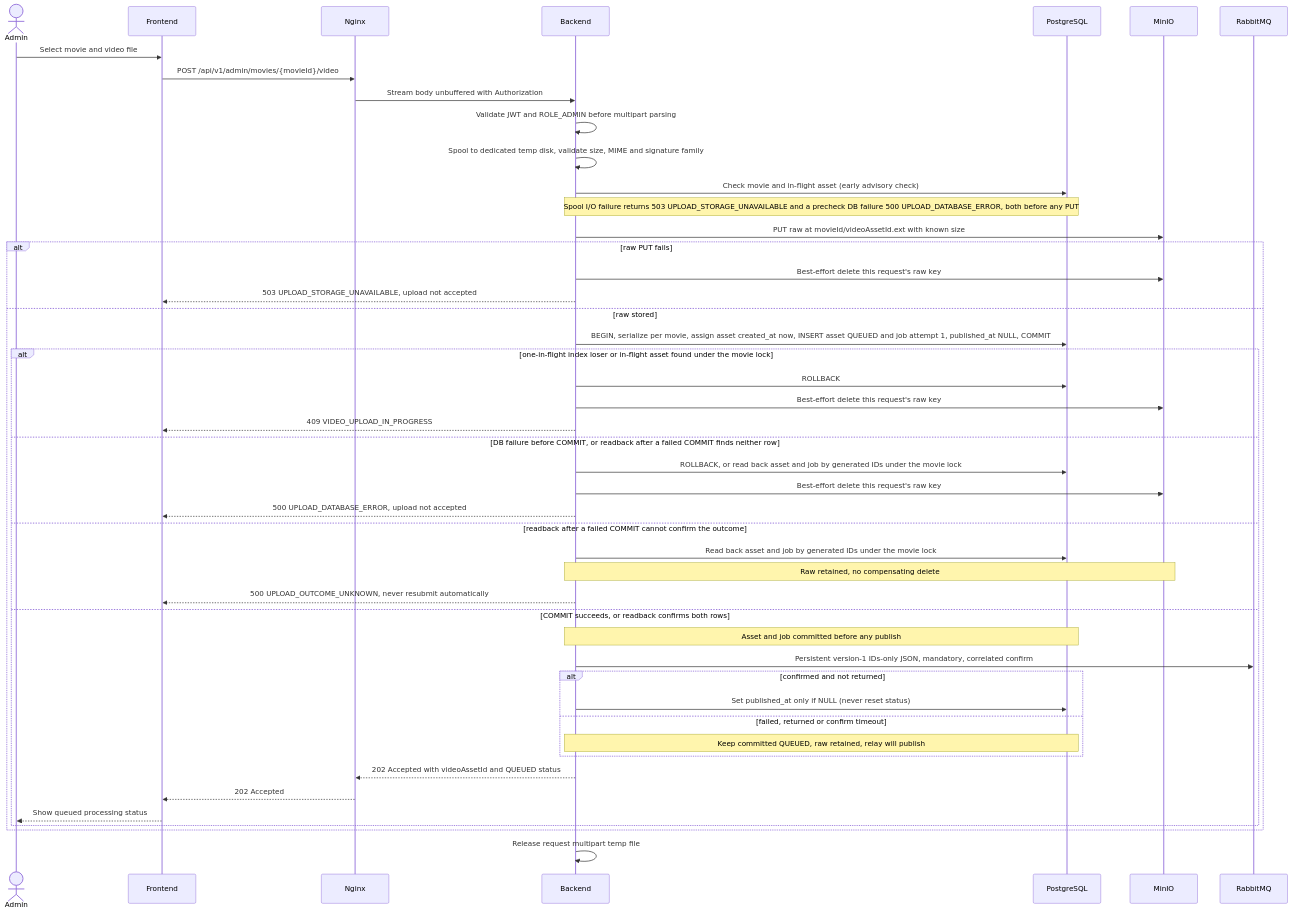
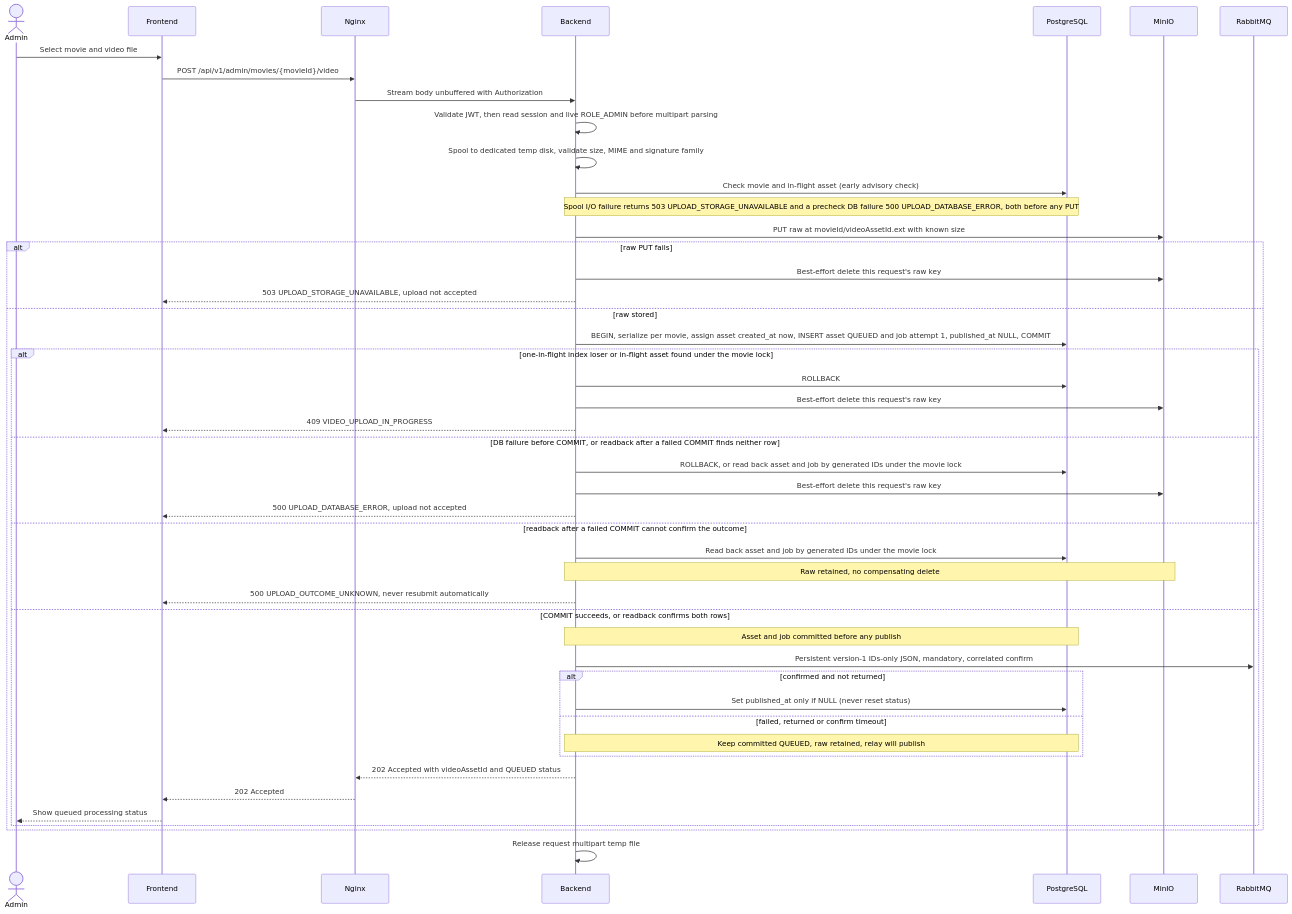
Before and after one commit to Duyphanb/Self-hosted-VoD-Platform: the first of 9 diagrams in docs/architecture/SEQUENCE-DIAGRAMS.md, drawn with Mermaid. The commit also changed other lines of this file and 72 other files, not shown here.

````diff
--- a/docs/architecture/SEQUENCE-DIAGRAMS.md
+++ b/docs/architecture/SEQUENCE-DIAGRAMS.md
@@ -9,50 +9,50 @@
 ```mermaid
 sequenceDiagram
     actor Admin
     participant Frontend
     participant Nginx
     participant Backend
     participant PostgreSQL
     participant MinIO
     participant RabbitMQ
 
     Admin->>Frontend: Select movie and video file
     Frontend->>Nginx: POST /api/v1/admin/movies/{movieId}/video
     Nginx->>Backend: Stream body unbuffered with Authorization
-    Backend->>Backend: Validate JWT and ROLE_ADMIN before multipart parsing
+    Backend->>Backend: Validate JWT, then read session and live ROLE_ADMIN before multipart parsing
     Backend->>Backend: Spool to dedicated temp disk, validate size, MIME and signature family
     Backend->>PostgreSQL: Check movie and in-flight asset (early advisory check)
     Note over Backend,PostgreSQL: Spool I/O failure returns 503 UPLOAD_STORAGE_UNAVAILABLE and a precheck DB failure 500 UPLOAD_DATABASE_ERROR, both before any PUT
     Backend->>MinIO: PUT raw at movieId/videoAssetId.ext with known size
     alt raw PUT fails
         Backend->>MinIO: Best-effort delete this request's raw key
         Backend-->>Frontend: 503 UPLOAD_STORAGE_UNAVAILABLE, upload not accepted
     else raw stored
         Backend->>PostgreSQL: BEGIN, serialize per movie, assign asset created_at now, INSERT asset QUEUED and job attempt 1, published_at NULL, COMMIT
         alt one-in-flight index loser or in-flight asset found under the movie lock
             Backend->>PostgreSQL: ROLLBACK
             Backend->>MinIO: Best-effort delete this request's raw key
             Backend-->>Frontend: 409 VIDEO_UPLOAD_IN_PROGRESS
         else DB failure before COMMIT, or readback after a failed COMMIT finds neither row
             Backend->>PostgreSQL: ROLLBACK, or read back asset and job by generated IDs under the movie lock
             Backend->>MinIO: Best-effort delete this request's raw key
             Backend-->>Frontend: 500 UPLOAD_DATABASE_ERROR, upload not accepted
         else readback after a failed COMMIT cannot confirm the outcome
             Backend->>PostgreSQL: Read back asset and job by generated IDs under the movie lock
             Note over Backend,MinIO: Raw retained, no compensating delete
             Backend-->>Frontend: 500 UPLOAD_OUTCOME_UNKNOWN, never resubmit automatically
         else COMMIT succeeds, or readback confirms both rows
             Note over Backend,PostgreSQL: Asset and job committed before any publish
             Backend->>RabbitMQ: Persistent version-1 IDs-only JSON, mandatory, correlated confirm
             alt confirmed and not returned
                 Backend->>PostgreSQL: Set published_at only if NULL (never reset status)
             else failed, returned or confirm timeout
                 Note over Backend,PostgreSQL: Keep committed QUEUED, raw retained, relay will publish
             end
             Backend-->>Nginx: 202 Accepted with videoAssetId and QUEUED status
             Nginx-->>Frontend: 202 Accepted
             Frontend-->>Admin: Show queued processing status
         end
     end
     Backend->>Backend: Release request multipart temp file
 ```
````
